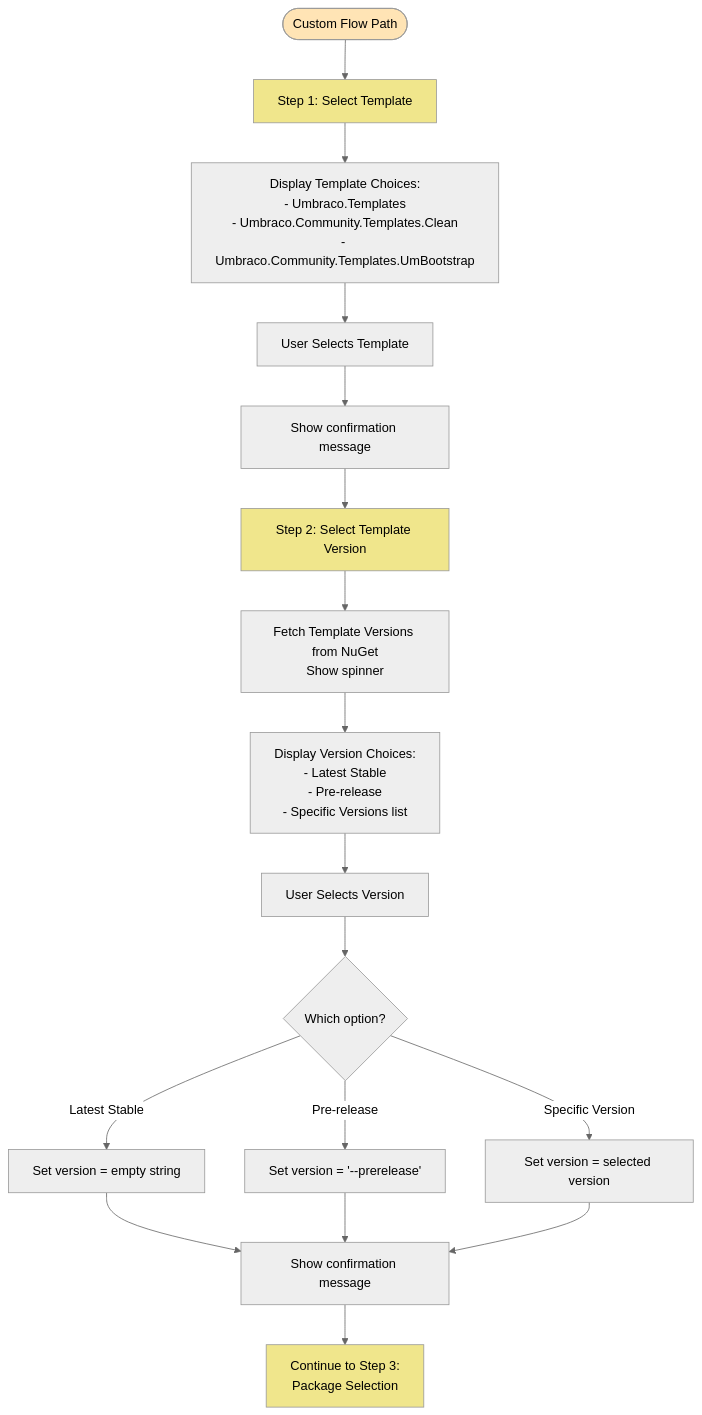
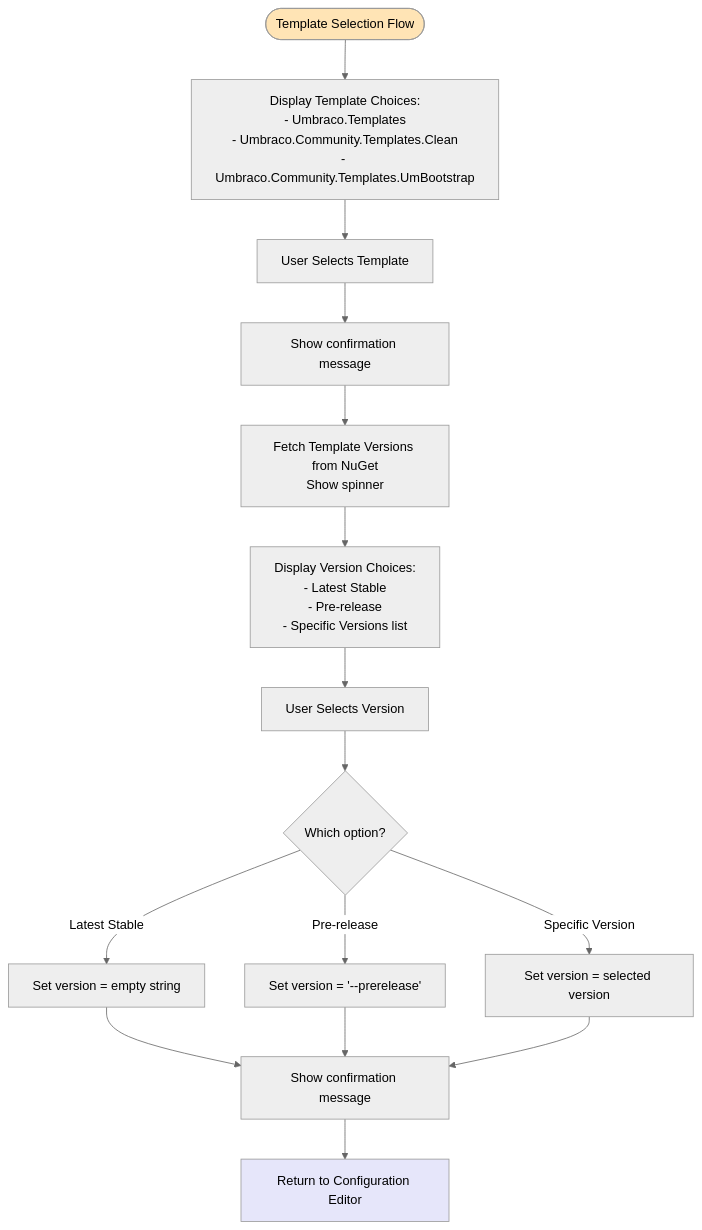
The fourth of 8 diagrams in CLI-Interactive-Mode-Flow.md (prjseal/Package-Script-Writer), drawn with Mermaid (neutral theme) before and after one commit. The commit also changed other lines of this file, not shown here.

First line of the commit message:
Remove legacy flows and reorganize diagrams as sub-flows

````diff
--- a/CLI-Interactive-Mode-Flow.md
+++ b/CLI-Interactive-Mode-Flow.md
@@ -203,32 +181,27 @@
 ```mermaid
 flowchart TD
-    Start([Custom Flow Path]) --> Step1[Step 1: Select Template]
-
-    Step1 --> ShowTemplates[Display Template Choices:<br/>- Umbraco.Templates<br/>- Umbraco.Community.Templates.Clean<br/>- Umbraco.Community.Templates.UmBootstrap]
+    Start([Template Selection Flow]) --> ShowTemplates[Display Template Choices:<br/>- Umbraco.Templates<br/>- Umbraco.Community.Templates.Clean<br/>- Umbraco.Community.Templates.UmBootstrap]
 
     ShowTemplates --> SelectTemplate[User Selects Template]
     SelectTemplate --> ConfirmTemplate[Show confirmation message]
 
-    ConfirmTemplate --> Step2[Step 2: Select Template Version]
-    Step2 --> FetchVersions[Fetch Template Versions from NuGet<br/>Show spinner]
+    ConfirmTemplate --> FetchVersions[Fetch Template Versions from NuGet<br/>Show spinner]
 
     FetchVersions --> ShowVersions[Display Version Choices:<br/>- Latest Stable<br/>- Pre-release<br/>- Specific Versions list]
 
     ShowVersions --> SelectVersion[User Selects Version]
 
     SelectVersion --> MapVersion{Which option?}
     MapVersion -->|Latest Stable| SetEmpty[Set version = empty string]
     MapVersion -->|Pre-release| SetPrerelease[Set version = '--prerelease']
     MapVersion -->|Specific Version| SetSpecific[Set version = selected version]
 
     SetEmpty --> ConfirmVersion[Show confirmation message]
     SetPrerelease --> ConfirmVersion
     SetSpecific --> ConfirmVersion
 
-    ConfirmVersion --> NextStep[Continue to Step 3:<br/>Package Selection]
+    ConfirmVersion --> Return[Return to Configuration Editor]
 
     style Start fill:#FFE4B5
-    style Step1 fill:#F0E68C
-    style Step2 fill:#F0E68C
-    style NextStep fill:#F0E68C
+    style Return fill:#E6E6FA
 ```
````
